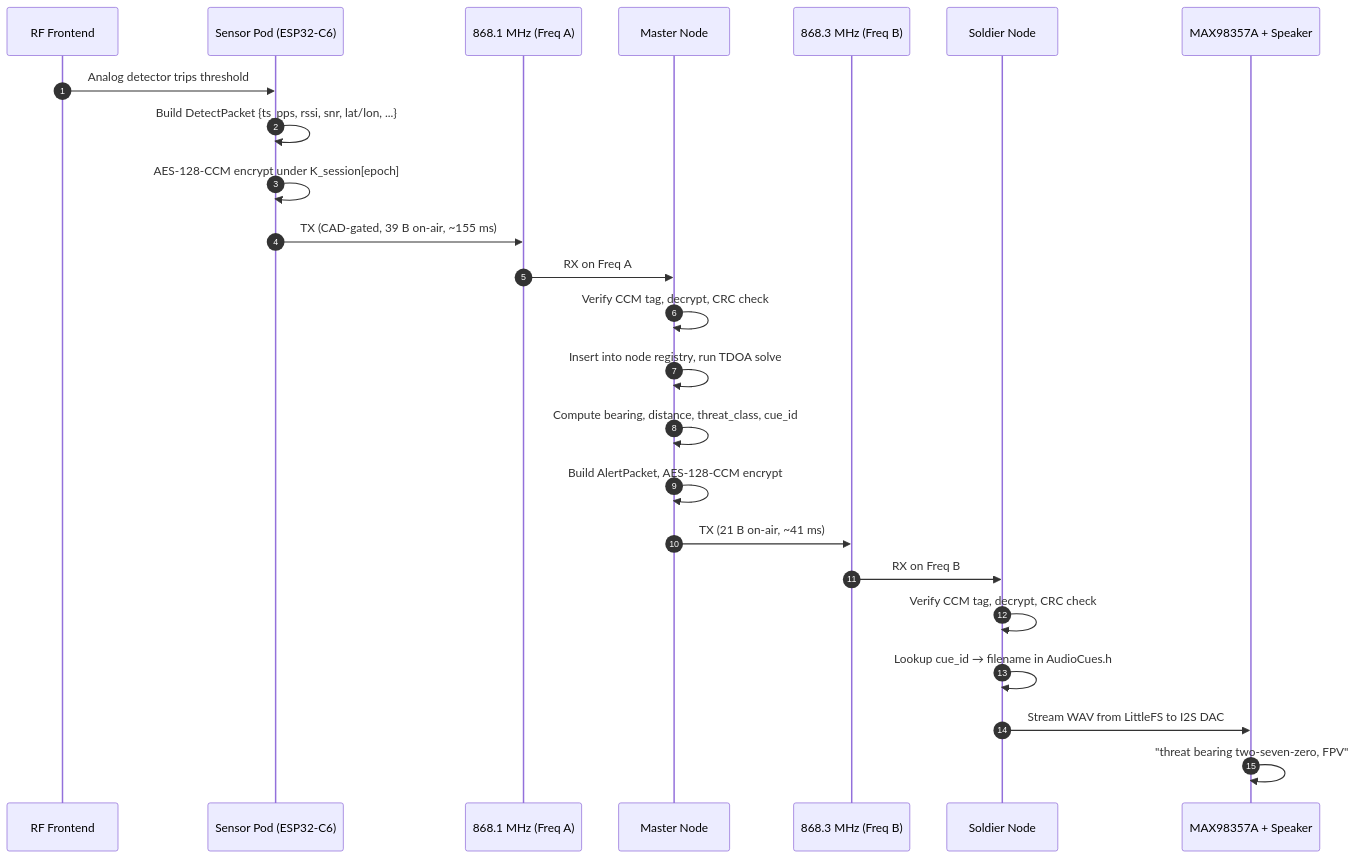
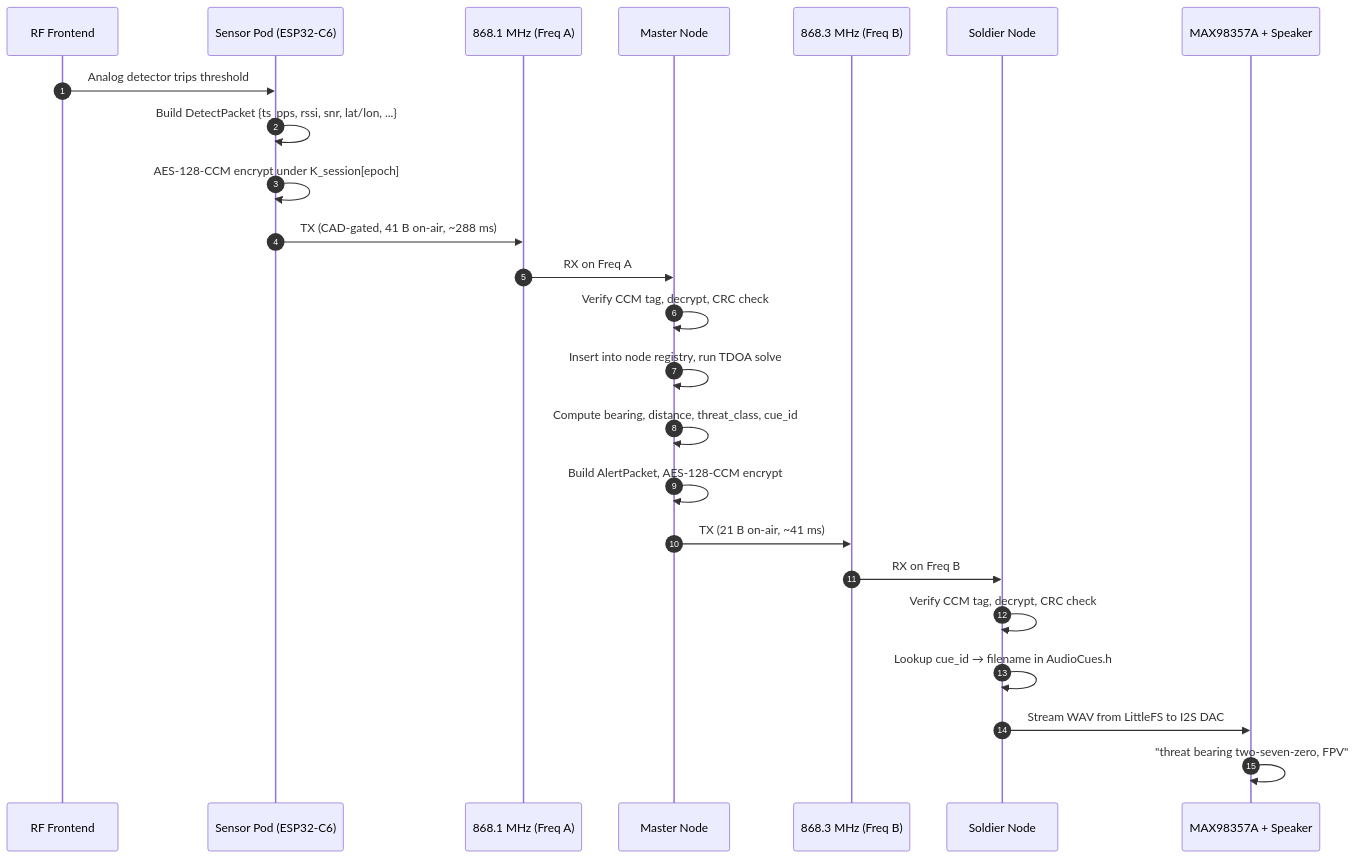
One commit to selectdimensions/Hackathon changed the second of 4 diagrams in ARCHITECTURE.md. Above: the diagram before and after it, drawn with Mermaid. The commit also changed 8 other files, not shown here.

````diff
--- a/ARCHITECTURE.md
+++ b/ARCHITECTURE.md
@@ -34,27 +34,27 @@
 ```mermaid
 sequenceDiagram
     autonumber
     participant RF as RF Frontend
     participant Pod as Sensor Pod (ESP32-C6)
     participant LoRaA as 868.1 MHz (Freq A)
     participant Master as Master Node
     participant LoRaB as 868.3 MHz (Freq B)
     participant Soldier as Soldier Node
     participant I2S as MAX98357A + Speaker
 
     RF->>Pod: Analog detector trips threshold
     Pod->>Pod: Build DetectPacket {ts_pps, rssi, snr, lat/lon, ...}
     Pod->>Pod: AES-128-CCM encrypt under K_session[epoch]
-    Pod->>LoRaA: TX (CAD-gated, 39 B on-air, ~155 ms)
+    Pod->>LoRaA: TX (CAD-gated, 41 B on-air, ~288 ms)
     LoRaA->>Master: RX on Freq A
     Master->>Master: Verify CCM tag, decrypt, CRC check
     Master->>Master: Insert into node registry, run TDOA solve
     Master->>Master: Compute bearing, distance, threat_class, cue_id
     Master->>Master: Build AlertPacket, AES-128-CCM encrypt
     Master->>LoRaB: TX (21 B on-air, ~41 ms)
     LoRaB->>Soldier: RX on Freq B
     Soldier->>Soldier: Verify CCM tag, decrypt, CRC check
     Soldier->>Soldier: Lookup cue_id → filename in AudioCues.h
     Soldier->>I2S: Stream WAV from LittleFS to I2S DAC
     I2S->>I2S: "threat bearing two-seven-zero, FPV"
 ```
````
